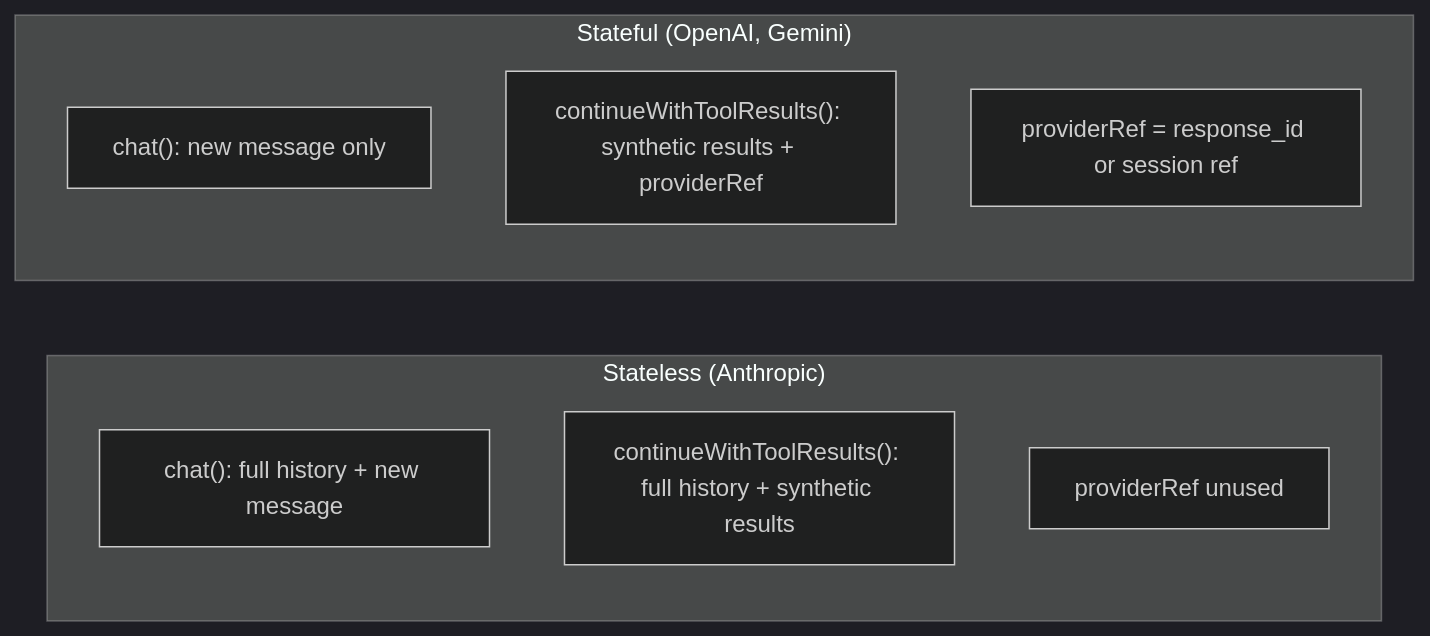
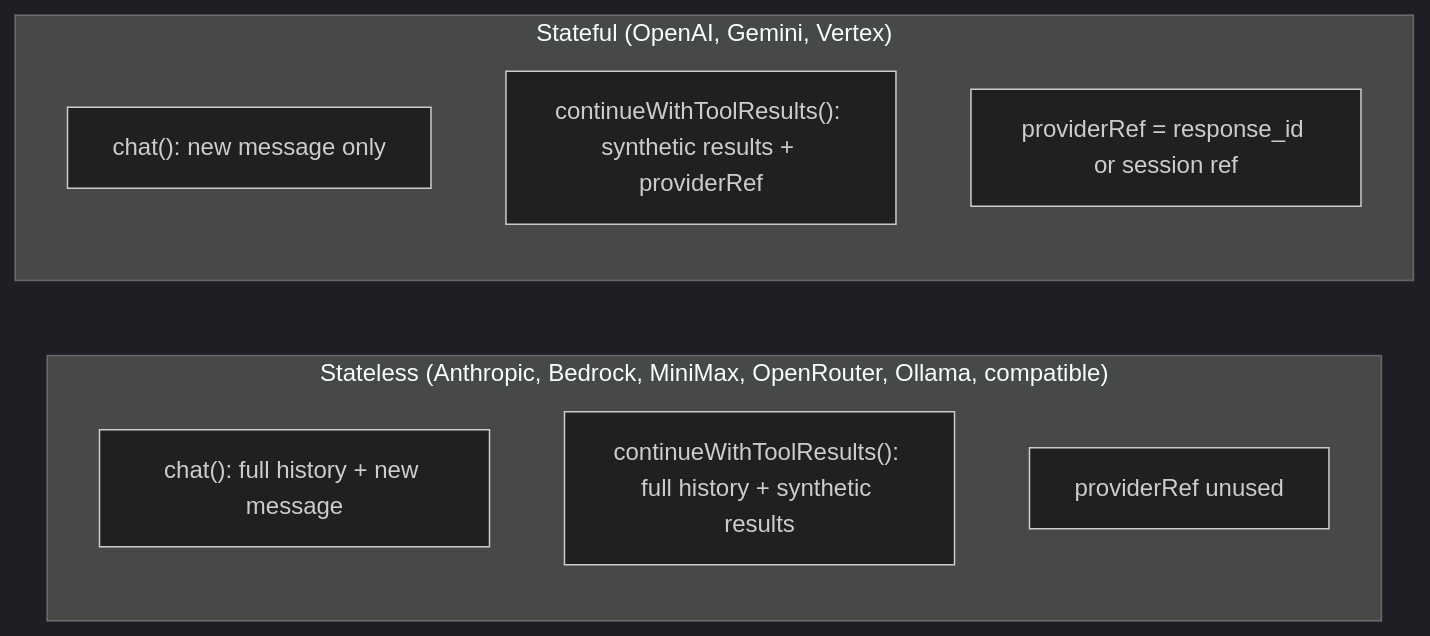
Before and after one commit to mit-cml/appinventor-sources: diagram 11 of 13 in CONTRIBUTING_AI.md, drawn with Mermaid (dark theme). The commit also changed other lines of this file, not shown here.

````diff
--- a/CONTRIBUTING_AI.md
+++ b/CONTRIBUTING_AI.md
@@ -788,14 +830,14 @@
 ```mermaid
 flowchart LR
-    subgraph "Stateless (Anthropic)"
+    subgraph "Stateless (Anthropic, Bedrock, MiniMax, OpenRouter, Ollama, compatible)"
         A1["chat(): full history + new message"]
         A2["continueWithToolResults(): full history + synthetic results"]
         A3["providerRef unused"]
     end
 
-    subgraph "Stateful (OpenAI, Gemini)"
+    subgraph "Stateful (OpenAI, Gemini, Vertex)"
         B1["chat(): new message only"]
         B2["continueWithToolResults(): synthetic results + providerRef"]
         B3["providerRef = response_id or session ref"]
     end
 ```
````
